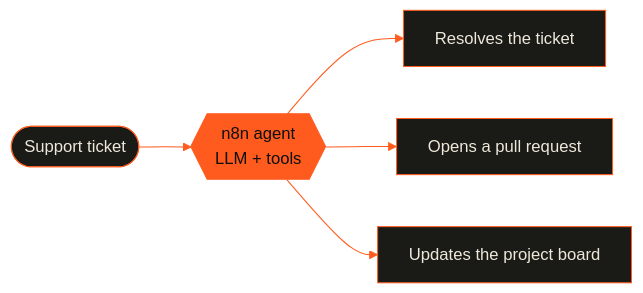
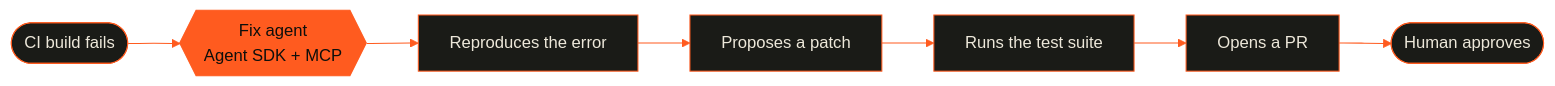
Before and after one commit to Juand0014/Juand0014: the first of 2 diagrams in README.md, drawn with Mermaid. The commit also changed other lines of this file, not shown here.

````diff
--- a/README.md
+++ b/README.md
@@ -40,10 +38,12 @@
 ```mermaid
 %%{init: {'theme':'base','themeVariables':{'primaryColor':'#1A1B17','primaryTextColor':'#EDE8DA','primaryBorderColor':'#FF5B1F','lineColor':'#FF5B1F','secondaryColor':'#1A1B17','tertiaryColor':'#0E0F0C','fontFamily':'trebuchet ms, verdana, arial, sans-serif'}}}%%
 flowchart LR
-    T(["Support ticket"]) --> A{{"n8n agent<br/>LLM + tools"}}
-    A --> R["Resolves the ticket"]
-    A --> P["Opens a pull request"]
-    A --> B["Updates the project board"]
+    F(["CI build fails"]) --> A{{"Fix agent<br/>Agent SDK + MCP"}}
+    A --> R["Reproduces the error"]
+    R --> P["Proposes a patch"]
+    P --> T["Runs the test suite"]
+    T --> PR["Opens a PR"]
+    PR --> H(["Human approves"])
     classDef hot fill:#FF5B1F,stroke:#FF5B1F,color:#0E0F0C;
     class A hot;
 ```
````
